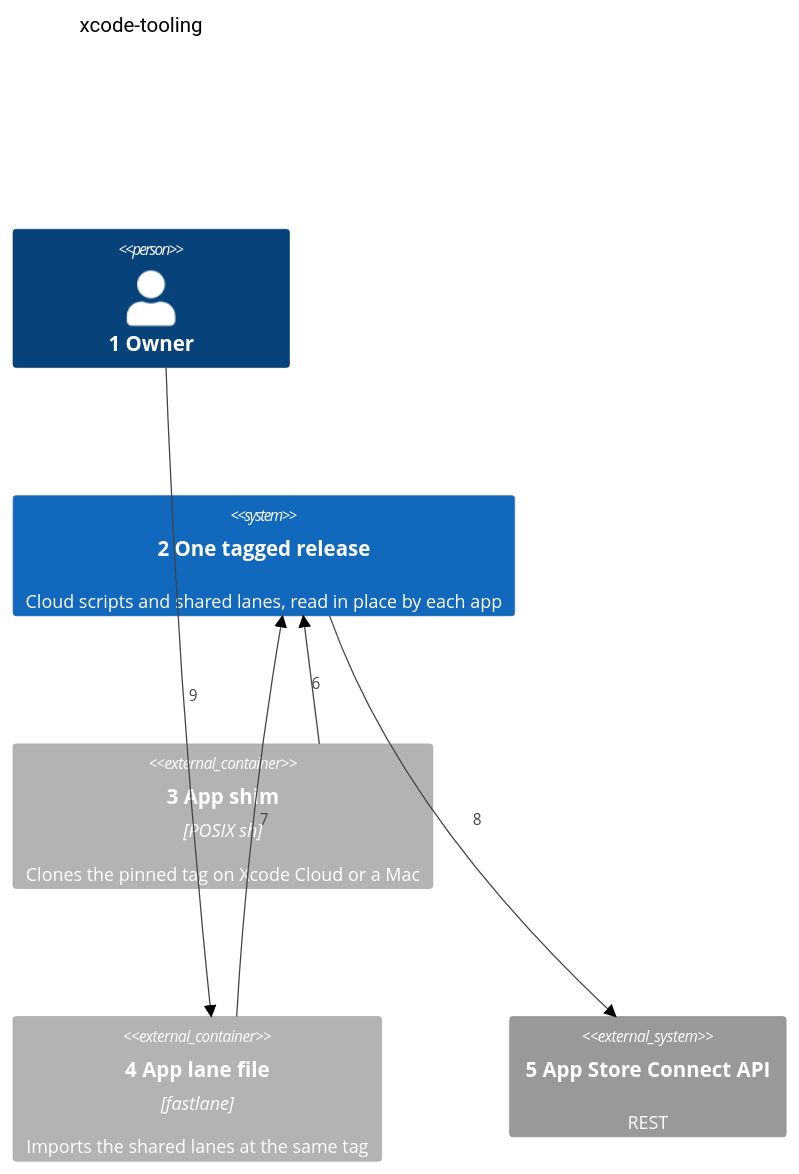
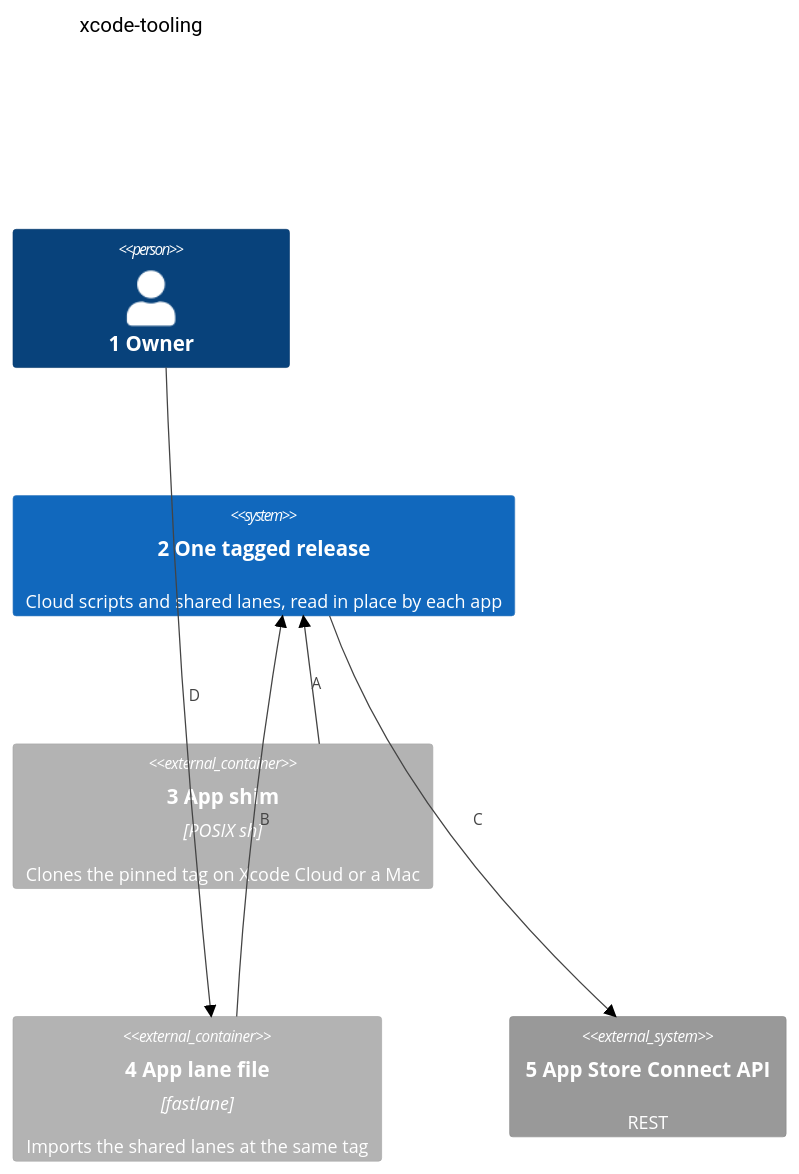
One commit to may-journal/xcode-tooling changed the first of 2 diagrams in docs/architecture/02-containers.md. Above: the diagram before and after it, drawn with Mermaid (neutral theme). The commit also changed other lines of this file and 4 other files, not shown here.

First line of the commit message:
docs(architecture): connector callouts are letters (#5)

````diff
--- a/docs/architecture/02-containers.md
+++ b/docs/architecture/02-containers.md
@@ -7,17 +7,17 @@
 ```mermaid
 C4Container
     title xcode-tooling
 
     Person(owner, "1 Owner")
 
     System(release, "2 One tagged release", "Cloud scripts and shared lanes, read in place by each app")
 
     Container_Ext(shim, "3 App shim", "POSIX sh", "Clones the pinned tag on Xcode Cloud or a Mac")
     Container_Ext(laneFile, "4 App lane file", "fastlane", "Imports the shared lanes at the same tag")
     System_Ext(asc, "5 App Store Connect API", "REST")
 
-    Rel(shim, release, "6")
-    Rel(laneFile, release, "7")
-    Rel(release, asc, "8")
-    Rel(owner, laneFile, "9")
+    Rel(shim, release, "A")
+    Rel(laneFile, release, "B")
+    Rel(release, asc, "C")
+    Rel(owner, laneFile, "D")
 ```
````
